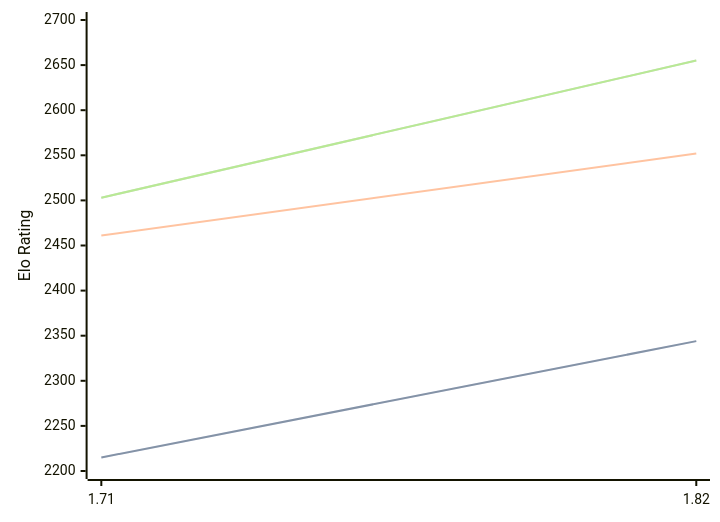
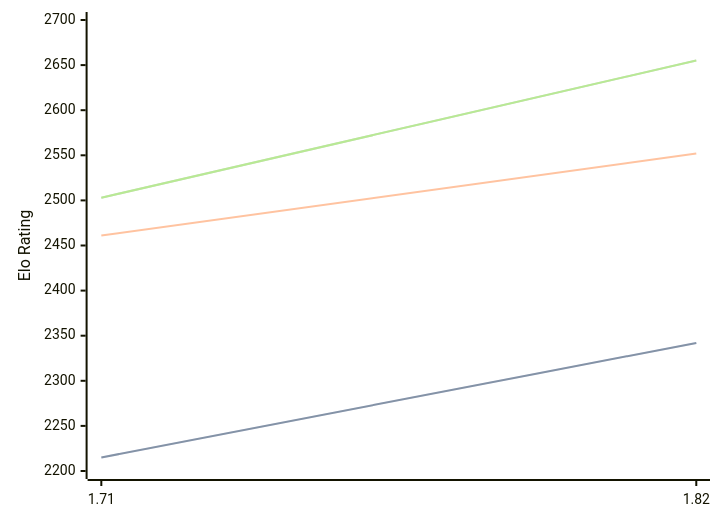
The diagram in engines/Amira.md (computer-chess-index/cci), drawn with Mermaid before and after one commit. The commit also changed other lines of this file, not shown here.

Commit message:
Update CCI Ratings (ELO VLTC) - 2026-04-08

````diff
--- a/engines/Amira.md
+++ b/engines/Amira.md
@@ -35,11 +35,11 @@
 ```mermaid
 %%{init: {"theme":"base","themeVariables":{"seriesColors:['#a3a3a3','#222221','#faa371']}}}%%
 xychart-beta
   x-axis ["1.71", "1.82"]
   y-axis "Elo Rating" 2200 --> 2700
-  line "STC (8.0+0.08s)" [2215, 2344]
-  line "STC (8.0+0.08s)" [2215, 2344]
+  line "STC (8.0+0.08s)" [2215, 2342]
+  line "STC (8.0+0.08s)" [2215, 2342]
   line "LTC (60.0+0.60s)" [2461, 2552]
   line "VLTC (2m24s+1.12s)" [2503, 2655]
   line "VLTC (2m24s+1.12s)" [2503, 2655]
 ```
````
